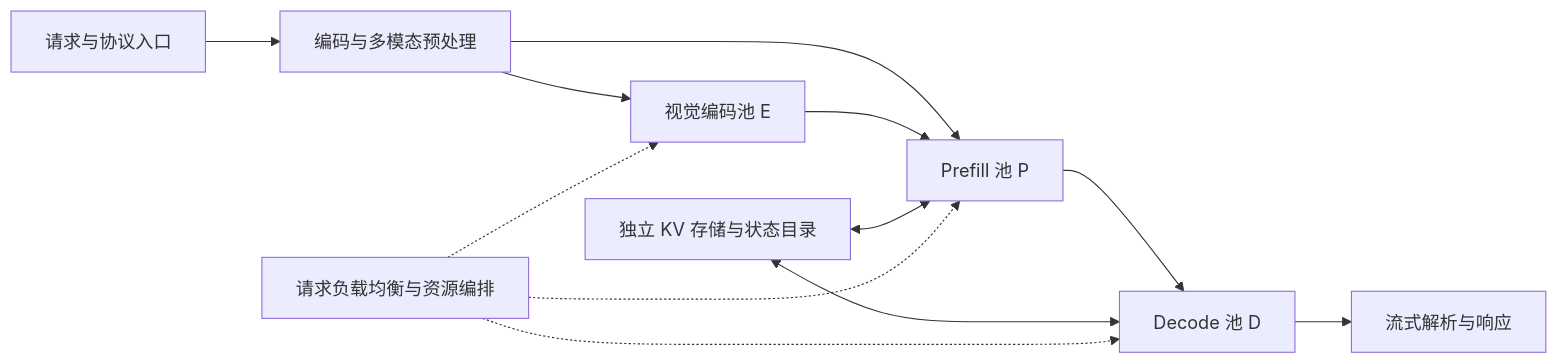
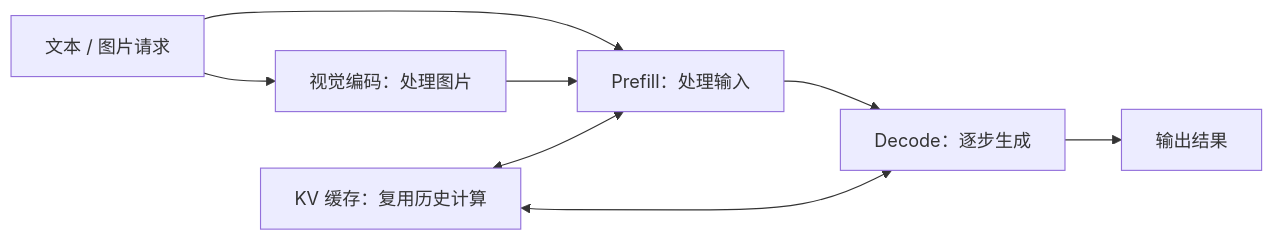
One commit to Ronald1995/infra changed the diagram in common/deepinfer.md. Above: the diagram before and after it, drawn with Mermaid. The commit also changed other lines of this file and 3 other files, not shown here.

````diff
--- a/common/deepinfer.md
+++ b/common/deepinfer.md
@@ -45,14 +9,10 @@
 ```mermaid
 flowchart LR
-    U[请求与协议入口] --> R[编码与多模态预处理]
-    R --> V[视觉编码池 E]
-    R --> P[Prefill 池 P]
-    V --> P
-    P --> D[Decode 池 D]
-    D --> O[流式解析与响应]
-    K[独立 KV 存储与状态目录] <--> P
-    K <--> D
-    L[请求负载均衡与资源编排] -.-> V
-    L -.-> P
-    L -.-> D
+    A[文本 / 图片请求] --> B[视觉编码：处理图片]
+    A --> C[Prefill：处理输入]
+    B --> C
+    C --> D[Decode：逐步生成]
+    D --> E[输出结果]
+    F[KV 缓存：复用历史计算] <--> C
+    F <--> D
 ```
````
